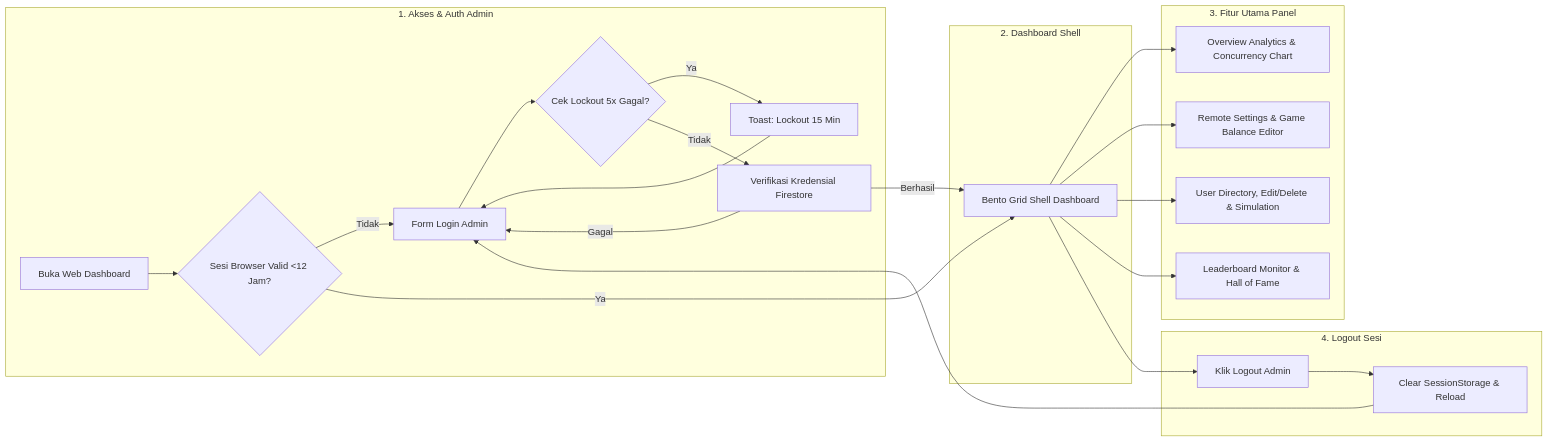
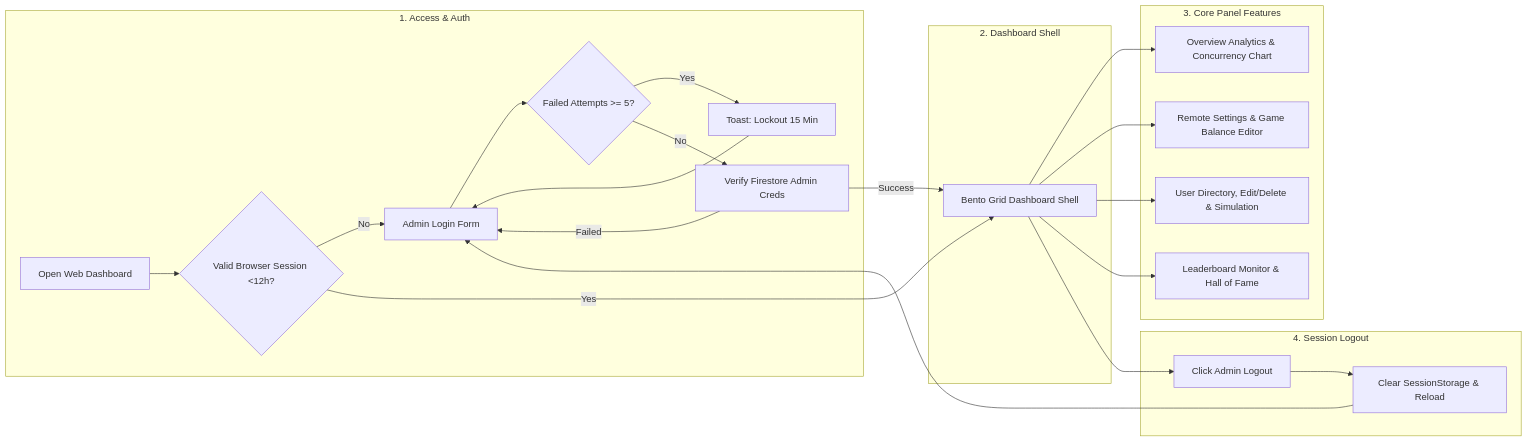
The second of 2 diagrams in Doc/USER_FLOW.md (MyusiZ3/Mathmagic-Firebase), drawn with Mermaid before and after one commit. The commit also changed other lines of this file and 6 other files, not shown here.

````diff
--- a/Doc/USER_FLOW.md
+++ b/Doc/USER_FLOW.md
@@ -156,28 +156,28 @@
 ```mermaid
 flowchart LR
-    subgraph AdminAuth ["1. Akses & Auth Admin"]
-        A1[Buka Web Dashboard] --> B1{Sesi Browser Valid <12 Jam?}
-        B1 -- Tidak --> C1[Form Login Admin]
-        C1 --> D1{Cek Lockout 5x Gagal?}
-        D1 -- Ya --> E1[Toast: Lockout 15 Min] --> C1
-        D1 -- Tidak --> F1[Verifikasi Kredensial Firestore]
-        F1 -- Gagal --> C1
+    subgraph AdminAuth ["1. Access & Auth"]
+        A1[Open Web Dashboard] --> B1{Valid Browser Session <12h?}
+        B1 -- No --> C1[Admin Login Form]
+        C1 --> D1{Failed Attempts >= 5?}
+        D1 -- Yes --> E1[Toast: Lockout 15 Min] --> C1
+        D1 -- No --> F1[Verify Firestore Admin Creds]
+        F1 -- Failed --> C1
     end
 
     subgraph AdminDash ["2. Dashboard Shell"]
-        B1 -- Ya --> G1[Bento Grid Shell Dashboard]
-        F1 -- Berhasil --> G1
+        B1 -- Yes --> G1[Bento Grid Dashboard Shell]
+        F1 -- Success --> G1
     end
 
-    subgraph Features ["3. Fitur Utama Panel"]
+    subgraph Features ["3. Core Panel Features"]
         G1 --> H1[Overview Analytics & Concurrency Chart]
         G1 --> I1[Remote Settings & Game Balance Editor]
         G1 --> J1[User Directory, Edit/Delete & Simulation]
         G1 --> K1[Leaderboard Monitor & Hall of Fame]
     end
 
-    subgraph AdminLogout ["4. Logout Sesi"]
-        G1 --> L1[Klik Logout Admin]
+    subgraph AdminLogout ["4. Session Logout"]
+        G1 --> L1[Click Admin Logout]
         L1 --> M1[Clear SessionStorage & Reload] --> C1
     end
 ```
````
